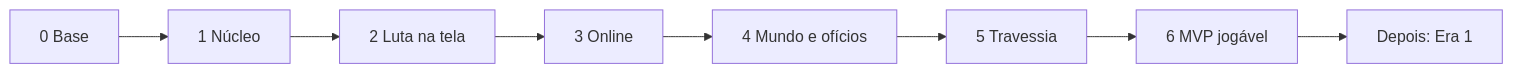
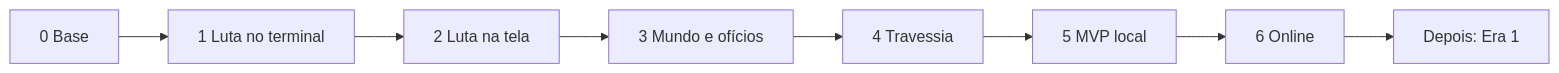
The first of 2 diagrams in docs/04-roteiro.md (sidinei-silva/eras-do-brasil), drawn with Mermaid before and after one commit. The commit also changed other lines of this file and 17 other files, not shown here.

````diff
--- a/docs/04-roteiro.md
+++ b/docs/04-roteiro.md
@@ -11,5 +11,5 @@
 ```mermaid
 flowchart LR
-  F0[0 Base] --> F1[1 Núcleo] --> F2[2 Luta na tela] --> F3[3 Online]
-  F3 --> F4[4 Mundo e ofícios] --> F5[5 Travessia] --> F6[6 MVP jogável] --> D[Depois: Era 1]
+  F0[0 Base] --> F1[1 Luta no terminal] --> F2[2 Luta na tela] --> F3[3 Mundo e ofícios]
+  F3 --> F4[4 Travessia] --> F5[5 MVP local] --> F6[6 Online] --> D[Depois: Era 1]
 ```
````
